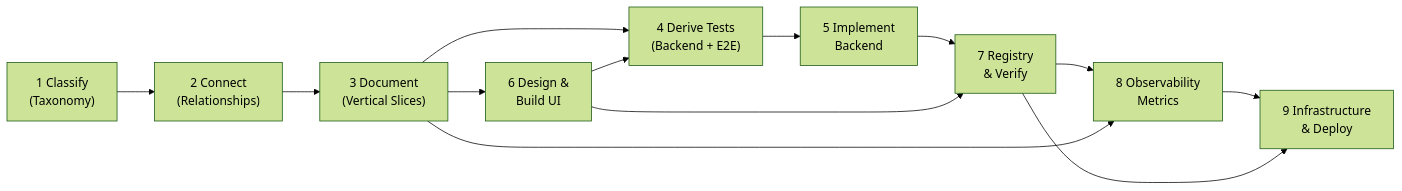
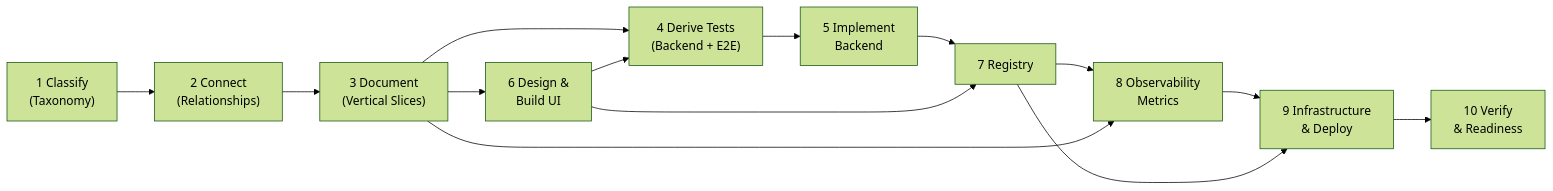
One commit to cyberAlchemyAI/domainspec changed the first of 4 diagrams in README.md. Above: the diagram before and after it, drawn with Mermaid (forest theme). The commit also changed other lines of this file, not shown here.

Commit message:
docs: make verify an explicit stage 10

````diff
--- a/README.md
+++ b/README.md
@@ -38,15 +39,16 @@
 ```mermaid
 flowchart LR
     A["1 Classify<br>(Taxonomy)"] --> B["2 Connect<br>(Relationships)"]
     B --> C["3 Document<br>(Vertical Slices)"]
     C --> D["4 Derive Tests<br>(Backend + E2E)"]
     D --> E["5 Implement<br>Backend"]
     C --> F["6 Design &<br>Build UI"]
     F --> D
-    E --> G["7 Registry<br>& Verify"]
+    E --> G["7 Registry"]
     F --> G
     G --> H["8 Observability<br>Metrics"]
     C --> H
     H --> I["9 Infrastructure<br>& Deploy"]
     G --> I
+    I --> J["10 Verify<br>& Readiness"]
 ```
````
